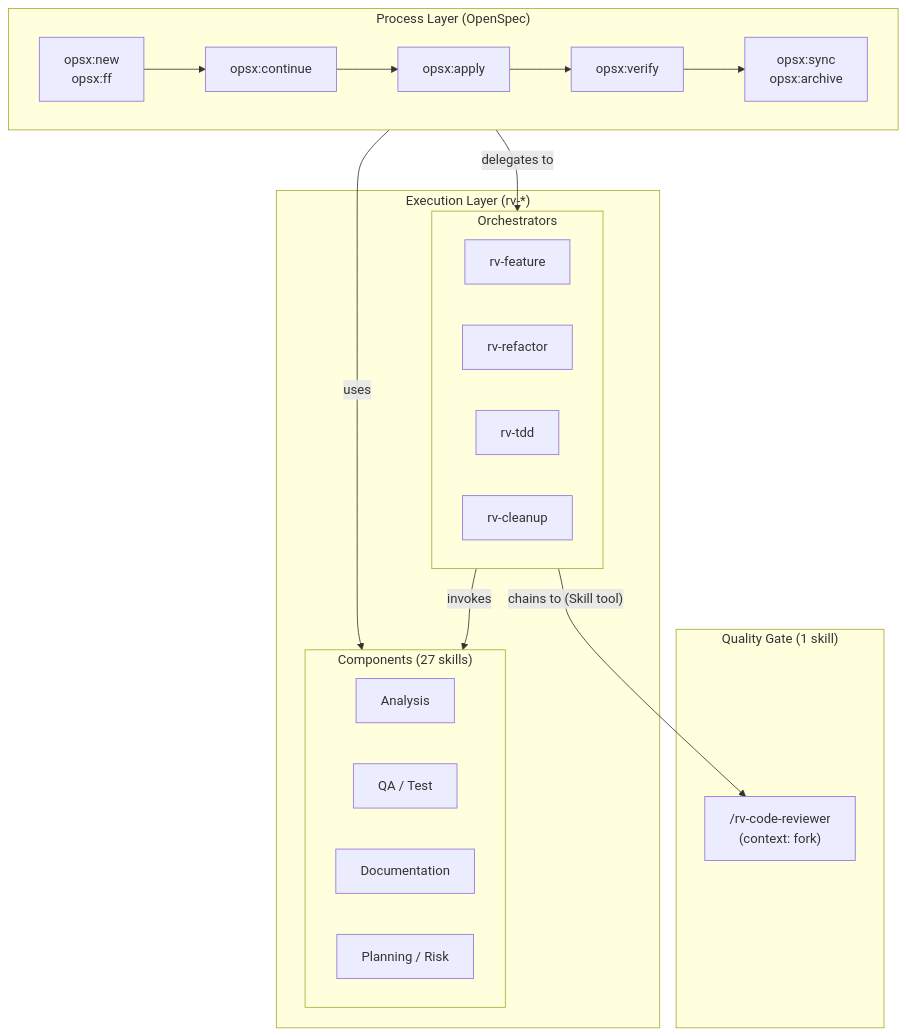
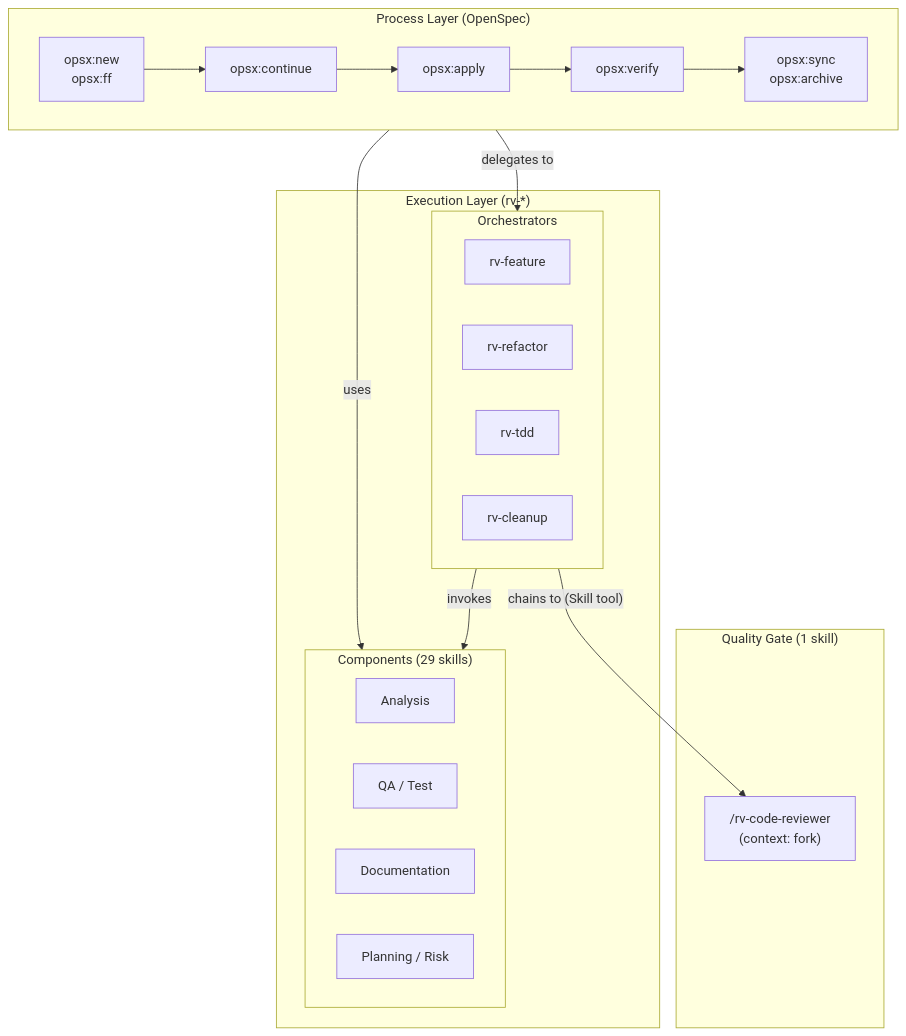
One commit to PAMunb/rvsec changed the fifth of 5 diagrams in rv-android/docs/WORKFLOW.md. Above: the diagram before and after it, drawn with Mermaid. The commit also changed other lines of this file, not shown here.

````diff
--- a/rv-android/docs/WORKFLOW.md
+++ b/rv-android/docs/WORKFLOW.md
@@ -641,34 +641,34 @@
 ```mermaid
 flowchart TD
     subgraph Process["Process Layer (OpenSpec)"]
         direction LR
         ON["opsx:new\nopsx:ff"] --> OC["opsx:continue"] --> OA["opsx:apply"]
         OA --> OV["opsx:verify"] --> OS["opsx:sync\nopsx:archive"]
     end
 
     subgraph Execution["Execution Layer (rv-*)"]
         subgraph Orchestrators["Orchestrators"]
             direction LR
             RF["rv-feature"]
             RR["rv-refactor"]
             RT["rv-tdd"]
             RC["rv-cleanup"]
         end
-        subgraph Components["Components (27 skills)"]
+        subgraph Components["Components (29 skills)"]
             direction LR
             AN["Analysis"]
             QA["QA / Test"]
             DOC["Documentation"]
             PM["Planning / Risk"]
         end
     end
 
     subgraph Gate["Quality Gate (1 skill)"]
         CR["/rv-code-reviewer\n(context: fork)"]
     end
 
     Process -->|"delegates to"| Orchestrators
     Process -->|"uses"| Components
     Orchestrators -->|"invokes"| Components
     Orchestrators -->|"chains to (Skill tool)"| CR
 ```
````
